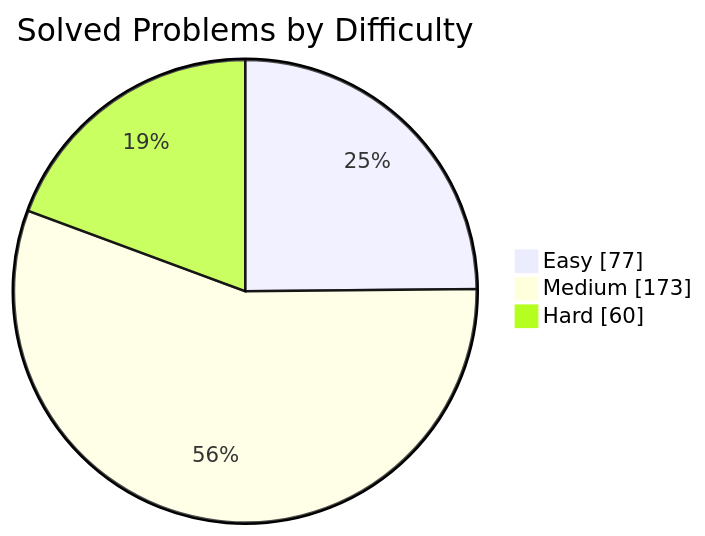
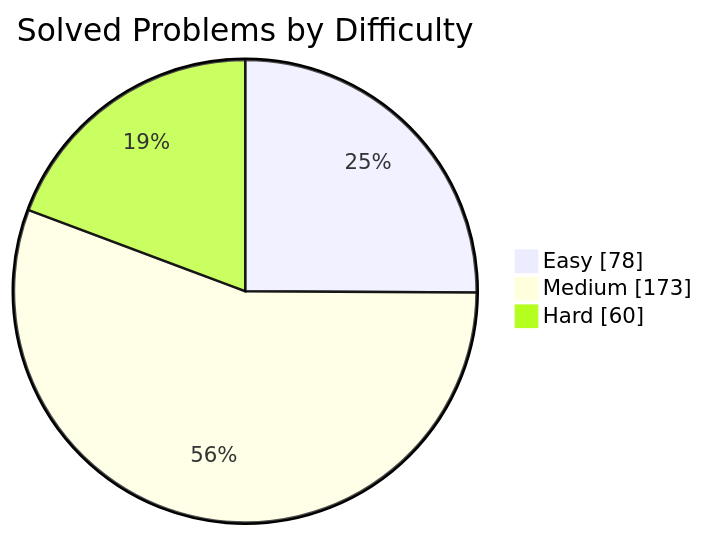
The first of 2 diagrams in README.md (manikantbindass/DSA-Preparation-FAANG), drawn with Mermaid before and after one commit. The commit also changed other lines of this file and 1 other file, not shown here.

````diff
--- a/README.md
+++ b/README.md
@@ -77,7 +77,7 @@
 ```mermaid
 pie showData
     title Solved Problems by Difficulty
-    "Easy" : 77
+    "Easy" : 78
     "Medium" : 173
     "Hard" : 60
 ```
````
